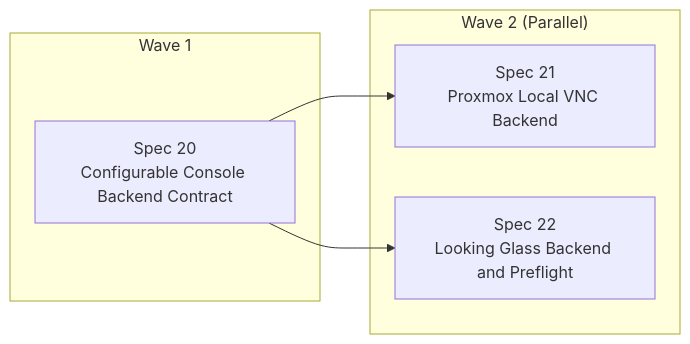
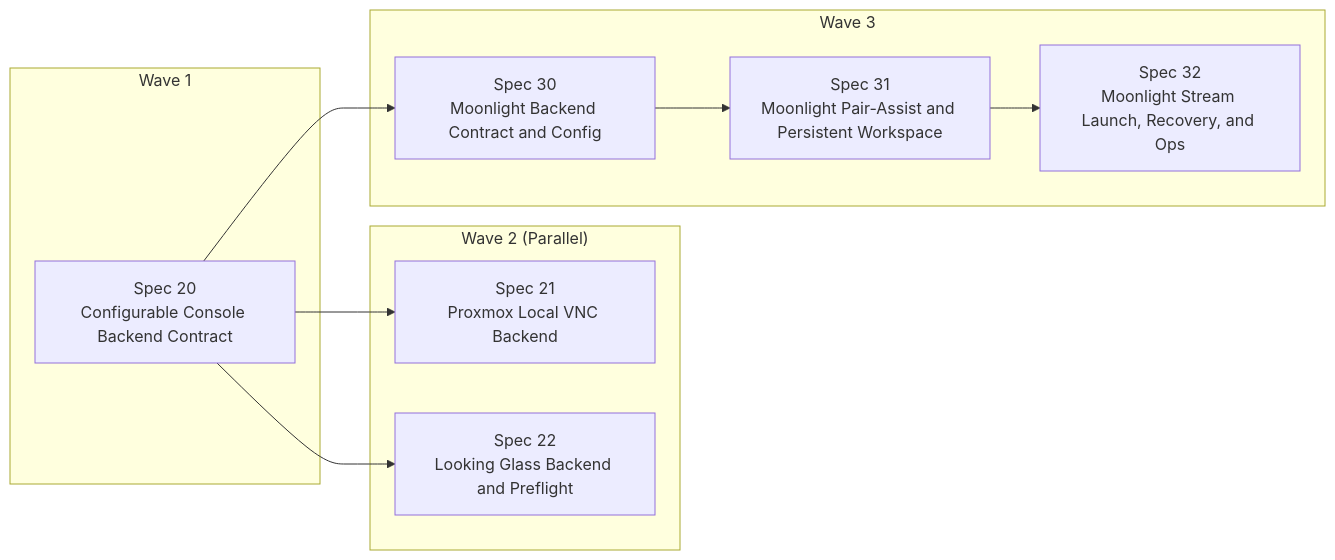
The diagram in specs/README.md (tpdns90321/RelayInnerDisplayScript), drawn with Mermaid before and after one commit. The commit also changed other lines of this file and 4 other files, not shown here.

Commit message:
spec 30 series: Add support for moonlight streaming

````diff
--- a/specs/README.md
+++ b/specs/README.md
@@ -63,14 +73,23 @@
 ```mermaid
 flowchart LR
     subgraph Wave_1["Wave 1"]
         S20["Spec 20\nConfigurable Console Backend Contract"]
     end
 
     subgraph Wave_2["Wave 2 (Parallel)"]
         S21["Spec 21\nProxmox Local VNC Backend"]
         S22["Spec 22\nLooking Glass Backend and Preflight"]
     end
 
+    subgraph Wave_3["Wave 3"]
+        S30["Spec 30\nMoonlight Backend Contract and Config"]
+        S31["Spec 31\nMoonlight Pair-Assist and Persistent Workspace"]
+        S32["Spec 32\nMoonlight Stream Launch, Recovery, and Ops"]
+    end
+
     S20 --> S21
     S20 --> S22
+    S20 --> S30
+    S30 --> S31
+    S31 --> S32
 ```
````
